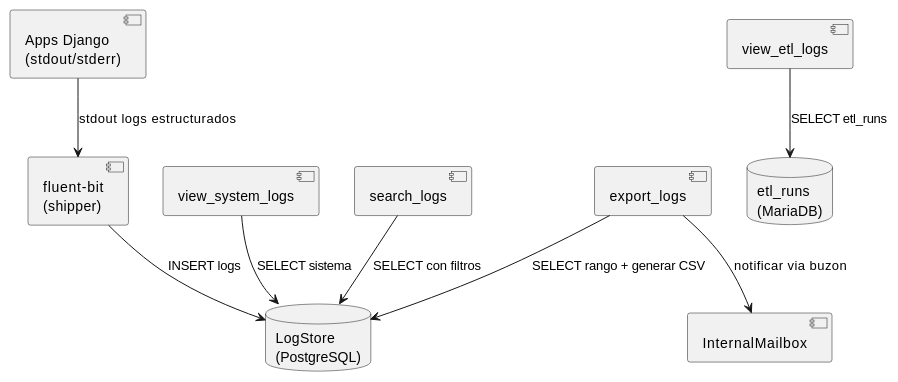
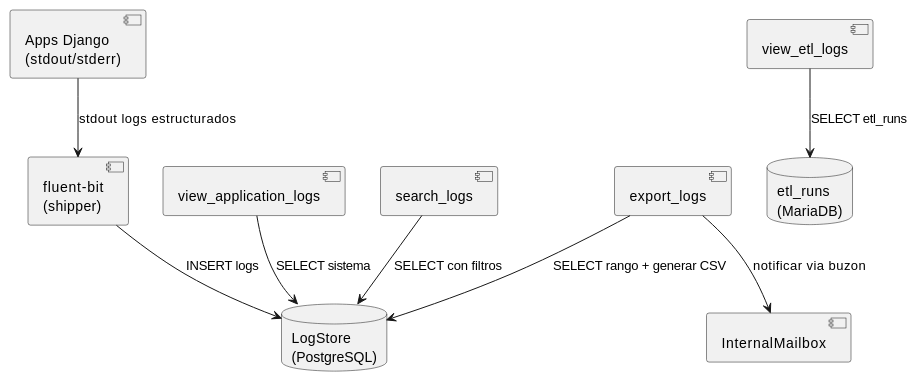
Before and after one commit to jcg-admin/IACT-docs: the third of 3 diagrams in source/arquitectura-tecnica/modulos/sys-logs/diagramas.rst, drawn with PlantUML. The commit also changed other lines of this file and 157 other files, not shown here.

First line of the commit message:
Enforce catalog function names across all diagrams

```diff
--- a/source/arquitectura-tecnica/modulos/sys-logs/diagramas.rst
+++ b/source/arquitectura-tecnica/modulos/sys-logs/diagramas.rst
@@ -75,26 +75,26 @@
 .. uml::
  :caption: Componentes de MOD_Logs y pipeline de recoleccion de logs.
 
  @startuml
 
  component "Apps Django\n(stdout/stderr)" as APP
  component "fluent-bit\n(shipper)" as FB
  database "LogStore\n(PostgreSQL)" as LS
  database "etl_runs\n(MariaDB)" as ETL_LOG
 
- component "view_system_logs" as VSL
+ component "view_application_logs" as VSL
  component "view_etl_logs" as VEL
  component "search_logs" as SL
  component "export_logs" as EL
  component "InternalMailbox" as MB
 
  APP --> FB : stdout logs estructurados
  FB --> LS : INSERT logs
 
  VSL --> LS : SELECT sistema
  VEL --> ETL_LOG : SELECT etl_runs
  SL --> LS : SELECT con filtros
  EL --> LS : SELECT rango + generar CSV
  EL --> MB : notificar via buzon
 
  @enduml
```
